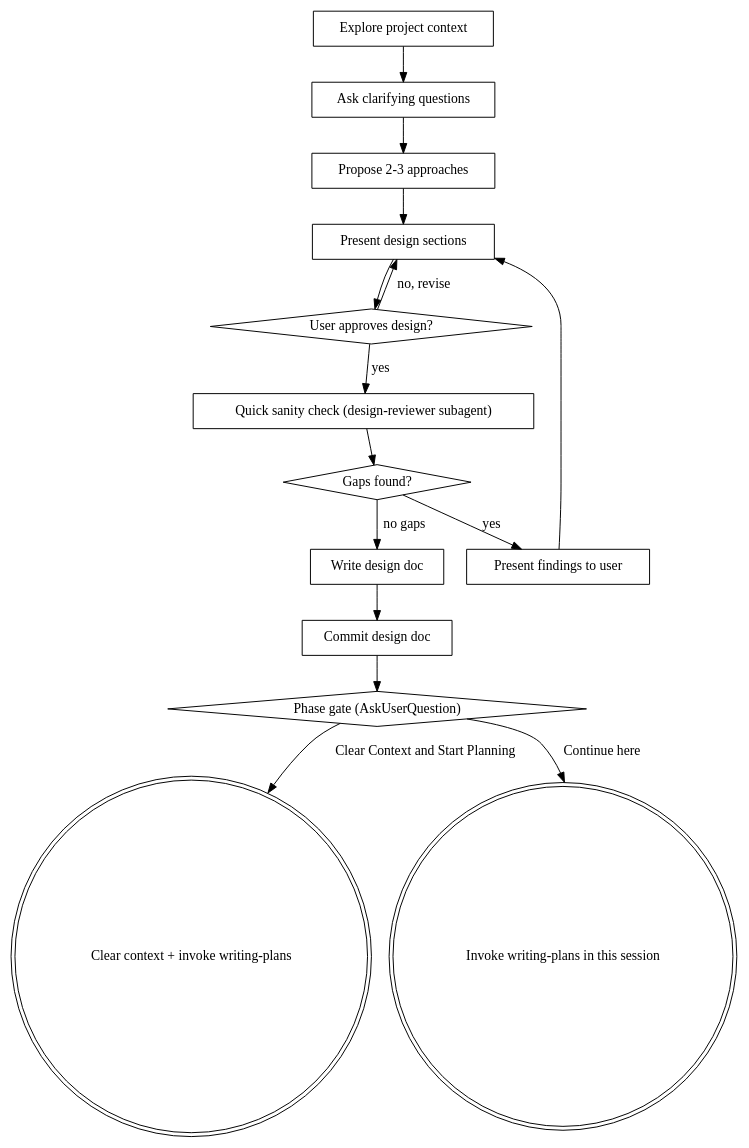
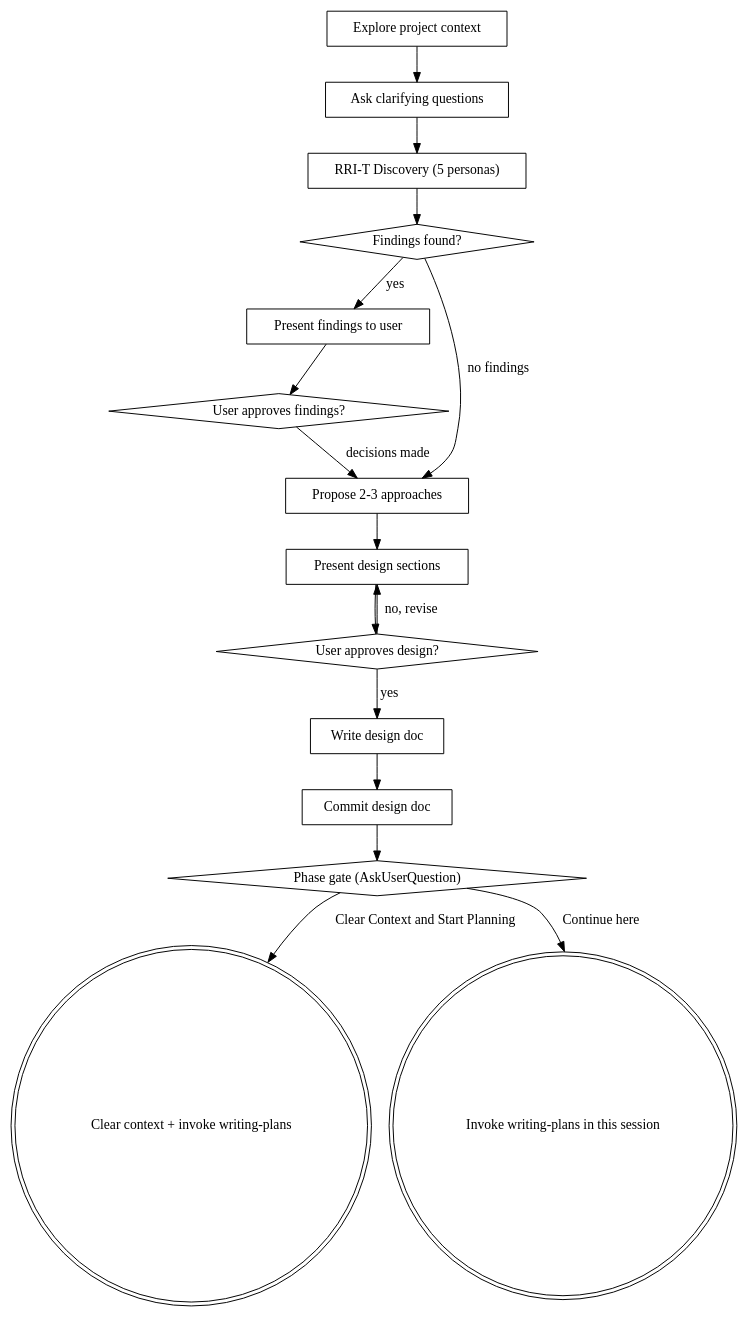
One commit to khangle95/superpowers-fork changed the diagram in skills/brainstorming/SKILL.md. Above: the diagram before and after it, drawn with Graphviz. The commit also changed other lines of this file, not shown here.

Commit message:
feat(brainstorming): add RRI-T discovery phase after Q&A, before approach proposals

````diff
--- a/skills/brainstorming/SKILL.md
+++ b/skills/brainstorming/SKILL.md
@@ -36,32 +36,34 @@
 ```dot
 digraph brainstorming {
     "Explore project context" [shape=box];
     "Ask clarifying questions" [shape=box];
+    "RRI-T Discovery (5 personas)" [shape=box];
+    "Findings found?" [shape=diamond];
+    "Present findings to user" [shape=box];
+    "User approves findings?" [shape=diamond];
     "Propose 2-3 approaches" [shape=box];
     "Present design sections" [shape=box];
     "User approves design?" [shape=diamond];
-    "Quick sanity check (design-reviewer subagent)" [shape=box];
-    "Gaps found?" [shape=diamond];
-    "Present findings to user" [shape=box];
     "Write design doc" [shape=box];
     "Commit design doc" [shape=box];
     "Phase gate (AskUserQuestion)" [shape=diamond];
     "Clear context + invoke writing-plans" [shape=doublecircle];
     "Invoke writing-plans in this session" [shape=doublecircle];
 
     "Explore project context" -> "Ask clarifying questions";
-    "Ask clarifying questions" -> "Propose 2-3 approaches";
+    "Ask clarifying questions" -> "RRI-T Discovery (5 personas)";
+    "RRI-T Discovery (5 personas)" -> "Findings found?";
+    "Findings found?" -> "Present findings to user" [label="yes"];
+    "Findings found?" -> "Propose 2-3 approaches" [label="no findings"];
+    "Present findings to user" -> "User approves findings?";
+    "User approves findings?" -> "Propose 2-3 approaches" [label="decisions made"];
     "Propose 2-3 approaches" -> "Present design sections";
     "Present design sections" -> "User approves design?";
     "User approves design?" -> "Present design sections" [label="no, revise"];
-    "User approves design?" -> "Quick sanity check (design-reviewer subagent)" [label="yes"];
-    "Quick sanity check (design-reviewer subagent)" -> "Gaps found?";
-    "Gaps found?" -> "Present findings to user" [label="yes"];
-    "Present findings to user" -> "Present design sections";
-    "Gaps found?" -> "Write design doc" [label="no gaps"];
+    "User approves design?" -> "Write design doc" [label="yes"];
     "Write design doc" -> "Commit design doc";
     "Commit design doc" -> "Phase gate (AskUserQuestion)";
     "Phase gate (AskUserQuestion)" -> "Clear context + invoke writing-plans" [label="Clear Context and Start Planning"];
     "Phase gate (AskUserQuestion)" -> "Invoke writing-plans in this session" [label="Continue here"];
 }
 ```
````
